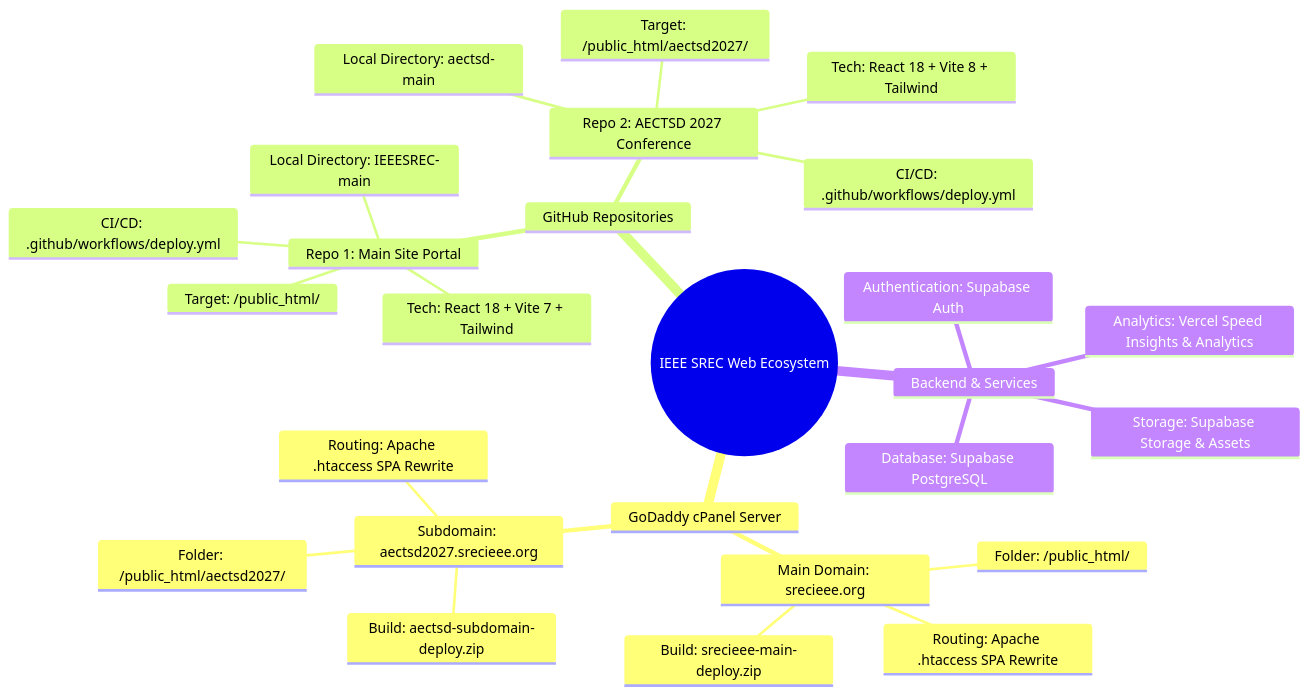
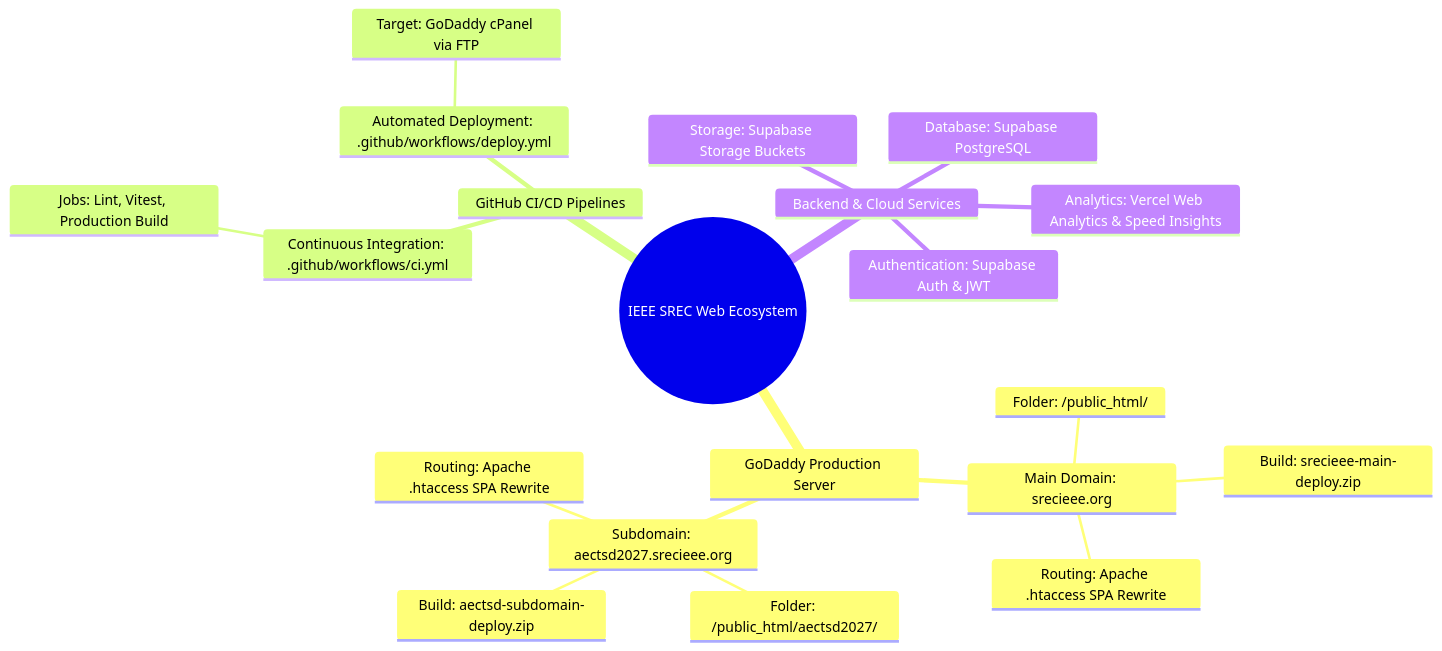
One commit to Surya-Narayanan-K-S/SRECIEEESB changed the first of 2 diagrams in README.md. Above: the diagram before and after it, drawn with Mermaid. The commit also changed other lines of this file and 370 other files, not shown here.

````diff
--- a/README.md
+++ b/README.md
@@ -9,29 +31,23 @@
 ```mermaid
 mindmap
   root((IEEE SREC Web Ecosystem))
-    GoDaddy cPanel Server
+    GoDaddy Production Server
       Main Domain: srecieee.org
         Folder: /public_html/
         Build: srecieee-main-deploy.zip
         Routing: Apache .htaccess SPA Rewrite
       Subdomain: aectsd2027.srecieee.org
         Folder: /public_html/aectsd2027/
         Build: aectsd-subdomain-deploy.zip
         Routing: Apache .htaccess SPA Rewrite
-    GitHub Repositories
-      Repo 1: Main Site Portal
-        Local Directory: IEEESREC-main
-        Tech: React 18 + Vite 7 + Tailwind
-        CI/CD: .github/workflows/deploy.yml
-        Target: /public_html/
-      Repo 2: AECTSD 2027 Conference
-        Local Directory: aectsd-main
-        Tech: React 18 + Vite 8 + Tailwind
-        CI/CD: .github/workflows/deploy.yml
-        Target: /public_html/aectsd2027/
-    Backend & Services
+    GitHub CI/CD Pipelines
+      Continuous Integration: .github/workflows/ci.yml
+        Jobs: Lint, Vitest, Production Build
+      Automated Deployment: .github/workflows/deploy.yml
+        Target: GoDaddy cPanel via FTP
+    Backend & Cloud Services
       Database: Supabase PostgreSQL
-      Authentication: Supabase Auth
-      Storage: Supabase Storage & Assets
-      Analytics: Vercel Speed Insights & Analytics
+      Authentication: Supabase Auth & JWT
+      Storage: Supabase Storage Buckets
+      Analytics: Vercel Web Analytics & Speed Insights
 ```
````
